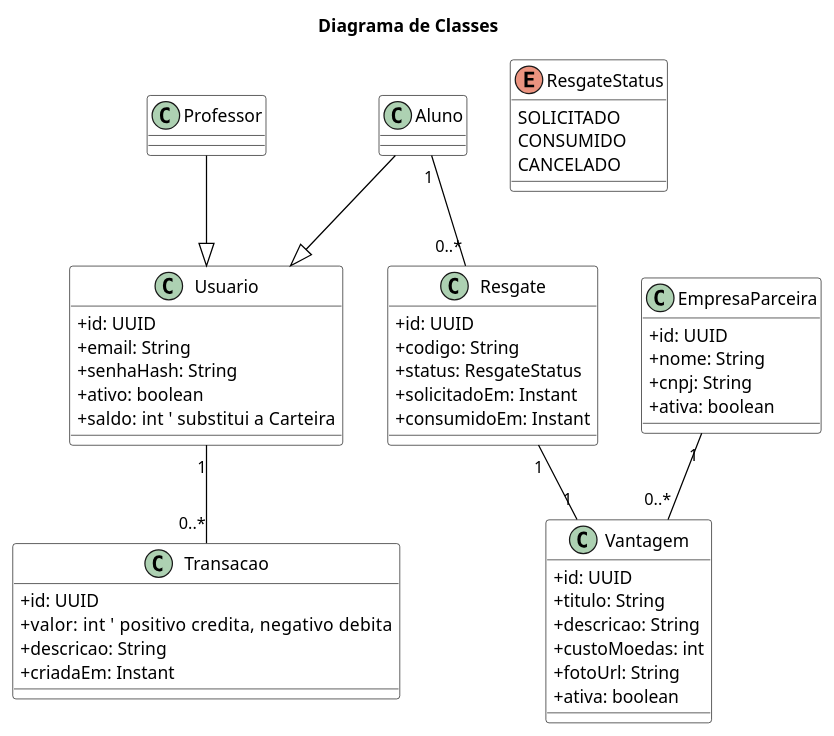
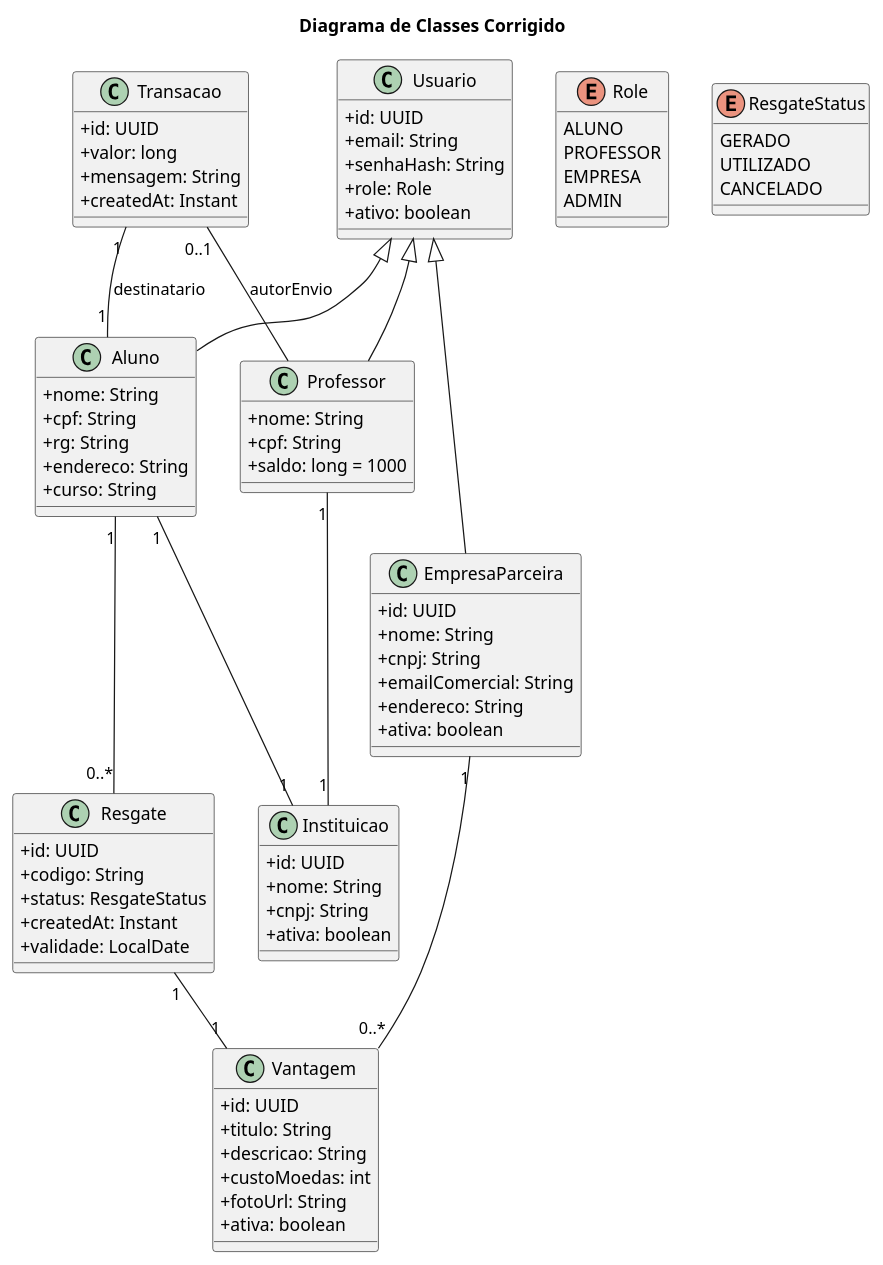
Before and after one commit to pedrolucas444/sistema-moeda-estudantil: the diagram in projeto/Diagrama de Classes.puml, drawn with PlantUML. The commit also changed 5 other files, not shown here.

Commit message:
alteracoes finais diagramas

```diff
--- a/projeto/Diagrama de Classes.puml
+++ b/projeto/Diagrama de Classes.puml
@@ -1,72 +1,93 @@
 @startuml
-title Diagrama de Classes
+title Diagrama de Classes Corrigido
 skinparam classAttributeIconSize 0
-skinparam class {
-  BackgroundColor White
-  ArrowColor Black
-  BorderColor Black
-}
 
-' ===== Superclasse =====
 class Usuario {
   +id: UUID
   +email: String
   +senhaHash: String
+  +role: Role
   +ativo: boolean
-  +saldo: int  ' substitui a Carteira
 }
 
-' ===== Especializações =====
-class Aluno
-class Professor
+enum Role {
+  ALUNO
+  PROFESSOR
+  EMPRESA
+  ADMIN
+}
 
-Aluno --|> Usuario
-Professor --|> Usuario
-
-' ===== Demais entidades do domínio =====
-class EmpresaParceira {
+class Instituicao {
   +id: UUID
   +nome: String
   +cnpj: String
   +ativa: boolean
 }
+
+class Professor {
+  +nome: String
+  +cpf: String
+  +saldo: long = 1000
+}
+
+class Aluno {
+  +nome: String
+  +cpf: String
+  +rg: String
+  +endereco: String
+  +curso: String
+}
+
+Usuario <|-- Professor
+Usuario <|-- Aluno
+
+Professor "1" -- "1" Instituicao
+Aluno "1" -- "1" Instituicao
+
+class EmpresaParceira {
+  +id: UUID
+  +nome: String
+  +cnpj: String
+  +emailComercial: String
+  +endereco: String
+  +ativa: boolean
+}
+Usuario <|-- EmpresaParceira
 
 class Vantagem {
   +id: UUID
   +titulo: String
   +descricao: String
   +custoMoedas: int
   +fotoUrl: String
   +ativa: boolean
 }
+EmpresaParceira "1" -- "0..*" Vantagem
+
+class Transacao {
+  +id: UUID
+  +valor: long
+  +mensagem: String
+  +createdAt: Instant
+}
+Transacao "0..1" -- Professor : autorEnvio
+Transacao "1" -- "1" Aluno : destinatario
 
 class Resgate {
   +id: UUID
   +codigo: String
   +status: ResgateStatus
-  +solicitadoEm: Instant
-  +consumidoEm: Instant
+  +createdAt: Instant
+  +validade: LocalDate
 }
 
 enum ResgateStatus {
-  SOLICITADO
-  CONSUMIDO
+  GERADO
+  UTILIZADO
   CANCELADO
 }
 
-' ===== Histório de transações (sem enum crédito/débito) =====
-class Transacao {
-  +id: UUID
-  +valor: int    ' positivo credita, negativo debita
-  +descricao: String
-  +criadaEm: Instant
-}
-
-' ===== Relacionamentos =====
-EmpresaParceira "1" -- "0..*" Vantagem
 Aluno "1" -- "0..*" Resgate
 Resgate "1" -- "1" Vantagem
 
-Usuario "1" -- "0..*" Transacao
-
 @enduml
```
